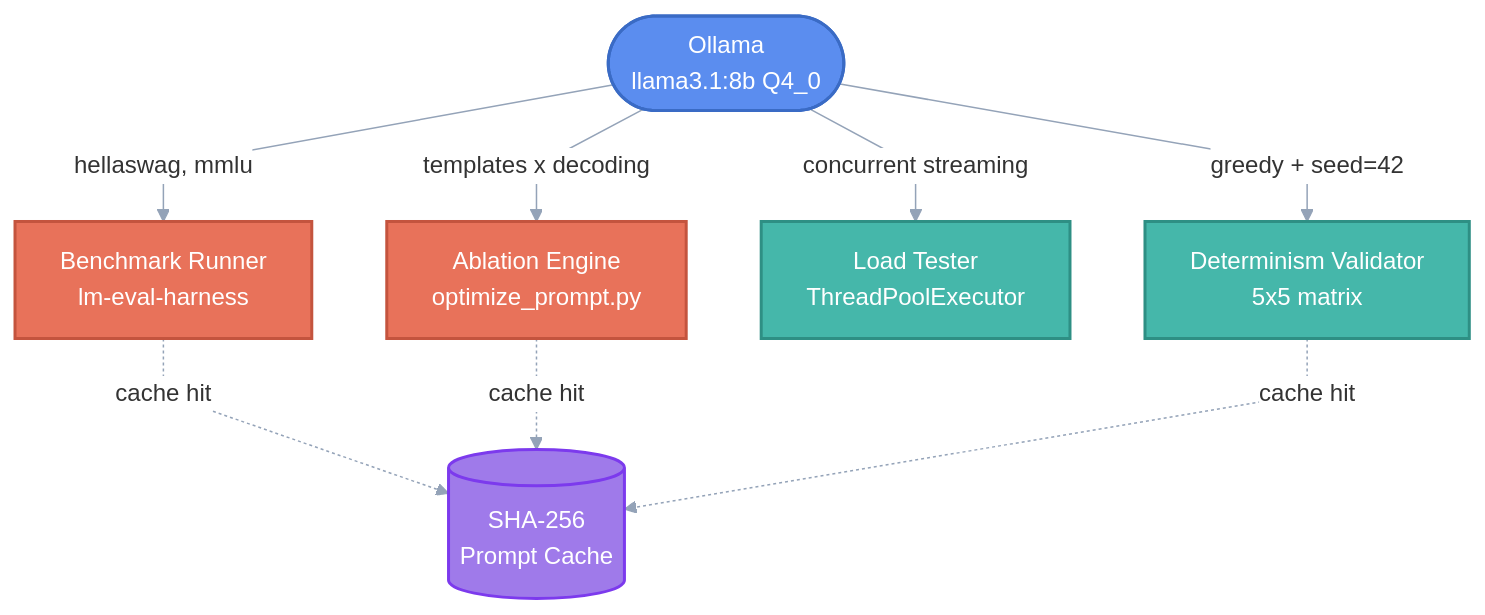
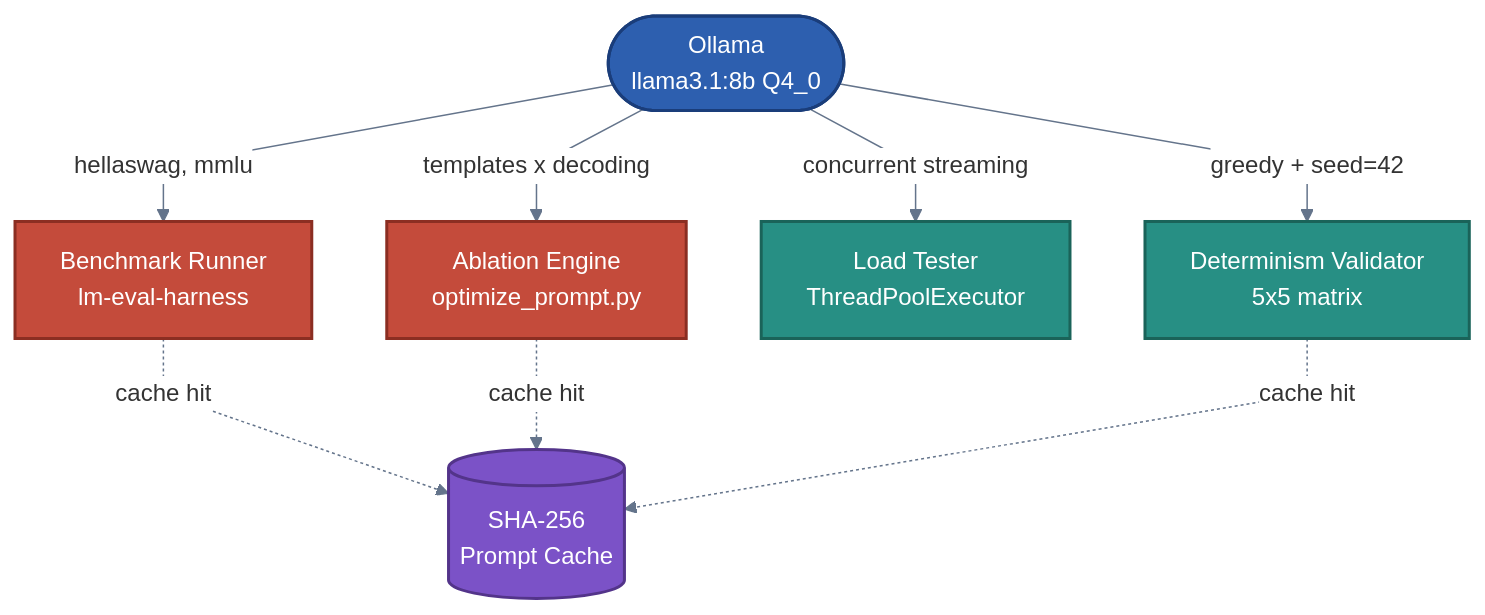
One commit to jameswniu/self-hosted-llm-evals-lab changed the diagram in README.md. Above: the diagram before and after it, drawn with Mermaid.

Commit message:
darken architecture diagram palette for better contrast
Deeper fills (#2D5FAF, #C44B3B, #278F84, #7B52C7) with darker
strokes and muted edge lines for a more polished look on GitHub.

````diff
--- a/README.md
+++ b/README.md
@@ -53,24 +53,24 @@
 ```mermaid
-%%{init: {'theme':'base', 'themeVariables': {'lineColor': '#94a3b8', 'edgeLabelBackground': '#ffffff', 'clusterBkg': '#ffffff'}, 'flowchart': {'curve': 'linear'}}}%%
+%%{init: {'theme':'base', 'themeVariables': {'lineColor': '#64748b', 'edgeLabelBackground': '#ffffff', 'clusterBkg': '#ffffff'}, 'flowchart': {'curve': 'linear'}}}%%
 flowchart TD
-    classDef serving fill:#5B8DEF,stroke:#3A6BC5,color:#ffffff,stroke-width:2px
-    classDef eval fill:#E8725A,stroke:#C4543E,color:#ffffff,stroke-width:2px
-    classDef ops fill:#45B7AA,stroke:#2E8F84,color:#ffffff,stroke-width:2px
-    classDef cache fill:#9F7AEA,stroke:#7C3AED,color:#ffffff,stroke-width:2px
+    classDef serving fill:#2D5FAF,stroke:#1A3D7A,color:#ffffff,stroke-width:2px
+    classDef eval fill:#C44B3B,stroke:#8B2E22,color:#ffffff,stroke-width:2px
+    classDef ops fill:#278F84,stroke:#1A6359,color:#ffffff,stroke-width:2px
+    classDef cache fill:#7B52C7,stroke:#53348A,color:#ffffff,stroke-width:2px
 
     OL(["Ollama<br/>llama3.1:8b Q4_0"]):::serving
     BR["Benchmark Runner<br/>lm-eval-harness"]:::eval
     AB["Ablation Engine<br/>optimize_prompt.py"]:::eval
     LT["Load Tester<br/>ThreadPoolExecutor"]:::ops
     DV["Determinism Validator<br/>5x5 matrix"]:::ops
     PC[("SHA-256<br/>Prompt Cache")]:::cache
 
     OL -->|"hellaswag, mmlu"| BR
     OL -->|"templates x decoding"| AB
     OL -->|"concurrent streaming"| LT
     OL -->|"greedy + seed=42"| DV
 
     BR -.->|"cache hit"| PC
     AB -.->|"cache hit"| PC
     DV -.->|"cache hit"| PC
 ```
````
